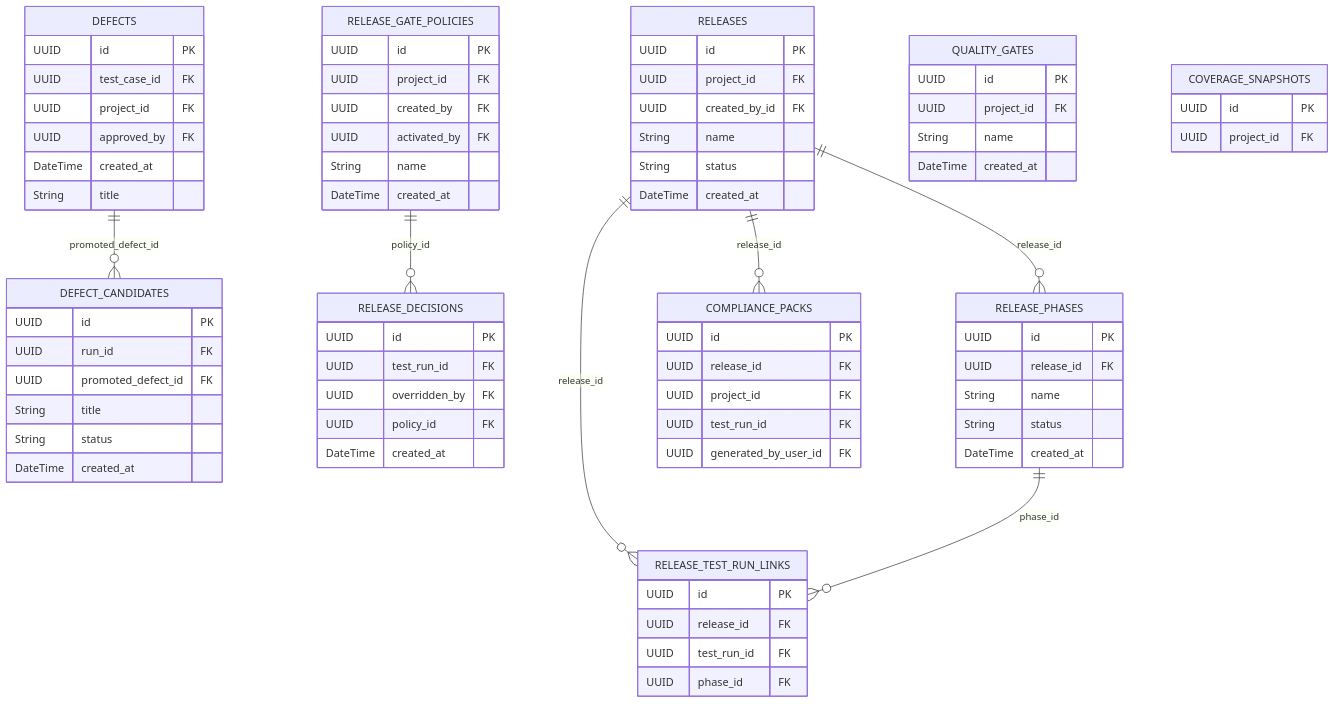
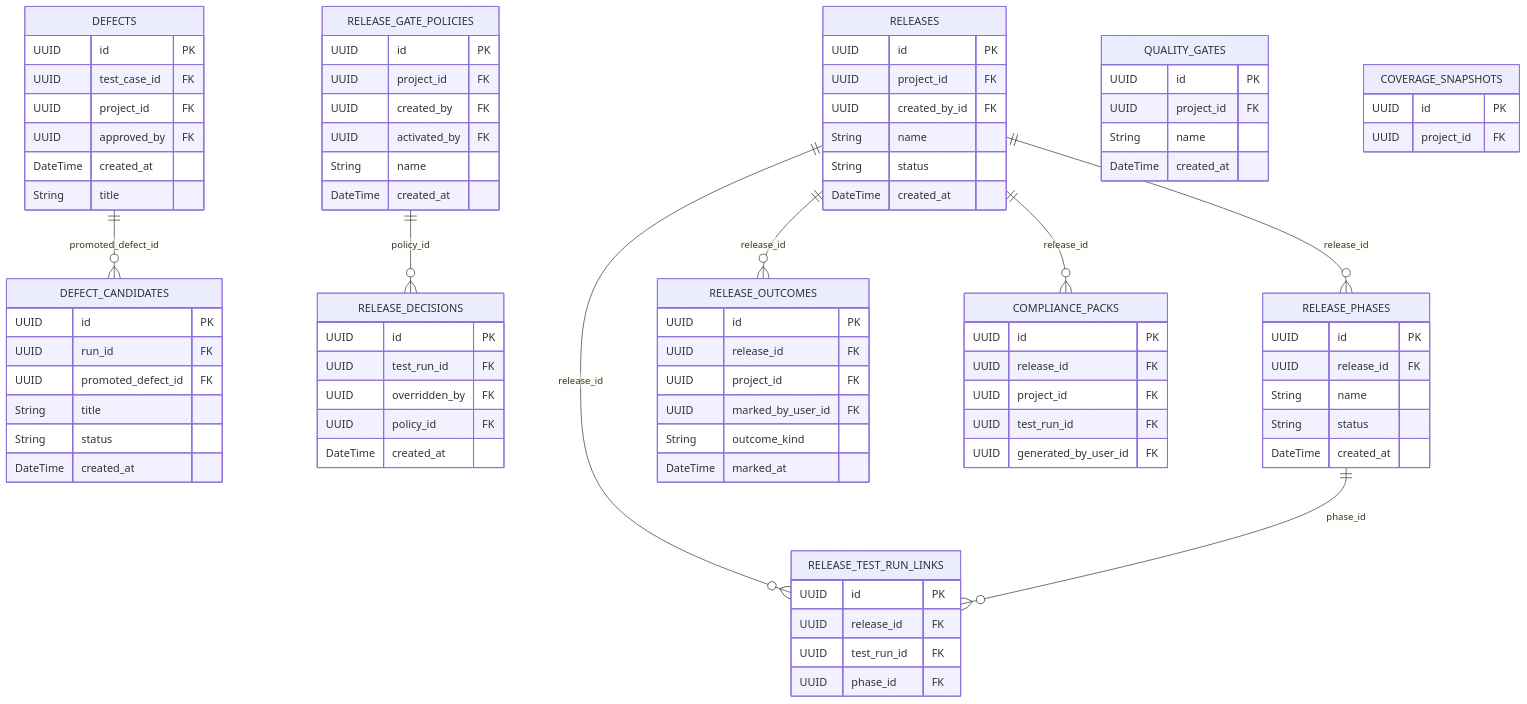
One commit to test-intelligence/testlookup changed the sixth of 10 diagrams in architecture/DATABASE_SCHEMA.md. Above: the diagram before and after it, drawn with Mermaid. The commit also changed other lines of this file and 16 other files, not shown here.

Commit message:
feat(evals): record release production outcomes

```diff
--- a/architecture/DATABASE_SCHEMA.md
+++ b/architecture/DATABASE_SCHEMA.md
@@ -479,6 +480,7 @@
     RELEASE_GATE_POLICIES ||--o{ RELEASE_DECISIONS : "policy_id"
     RELEASES ||--o{ RELEASE_PHASES : "release_id"
     RELEASES ||--o{ RELEASE_TEST_RUN_LINKS : "release_id"
+    RELEASES ||--o{ RELEASE_OUTCOMES : "release_id"
     RELEASE_PHASES ||--o{ RELEASE_TEST_RUN_LINKS : "phase_id"
     RELEASES ||--o{ COMPLIANCE_PACKS : "release_id"
     DEFECTS {
@@ -525,6 +527,14 @@
         UUID test_run_id FK
         UUID phase_id FK
     }
+    RELEASE_OUTCOMES {
+        UUID id PK
+        UUID release_id FK
+        UUID project_id FK
+        UUID marked_by_user_id FK
+        String outcome_kind
+        DateTime marked_at
+    }
     RELEASE_GATE_POLICIES {
         UUID id PK
         UUID project_id FK
```
